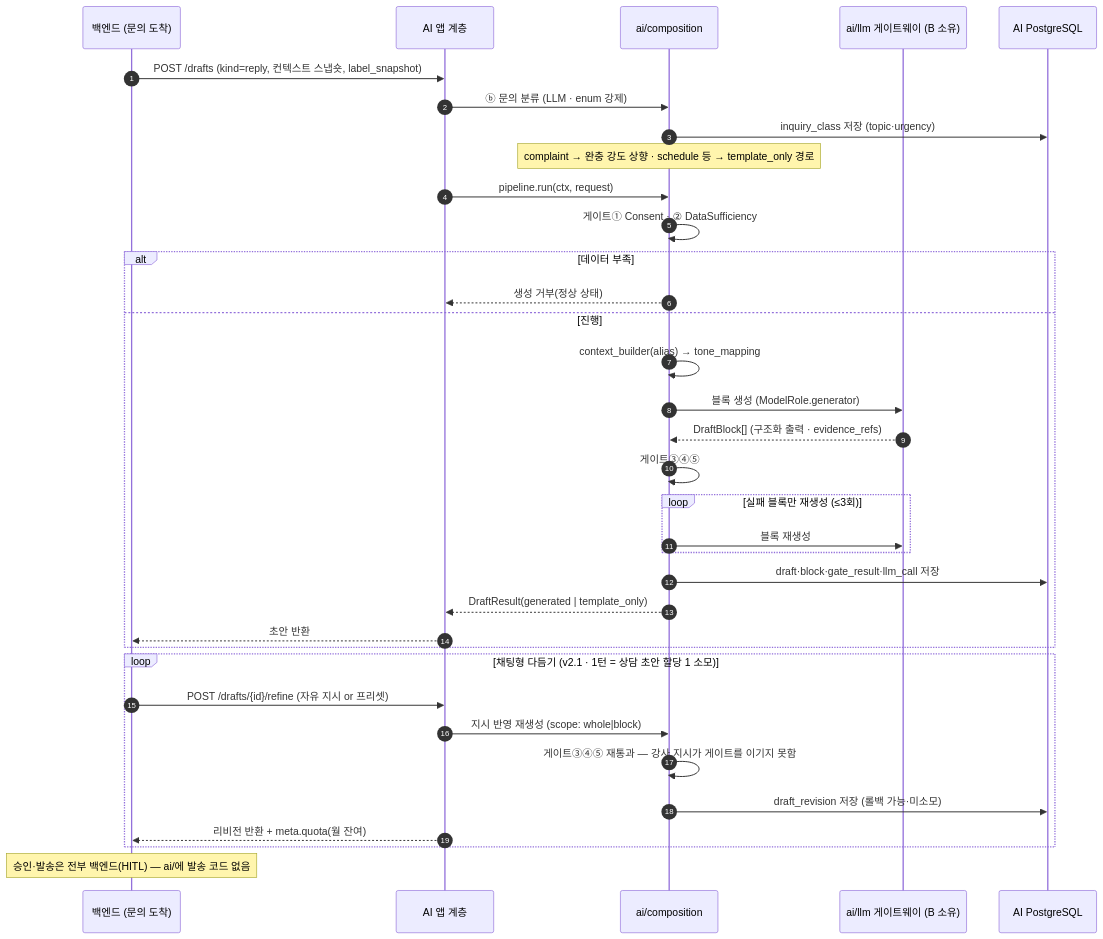
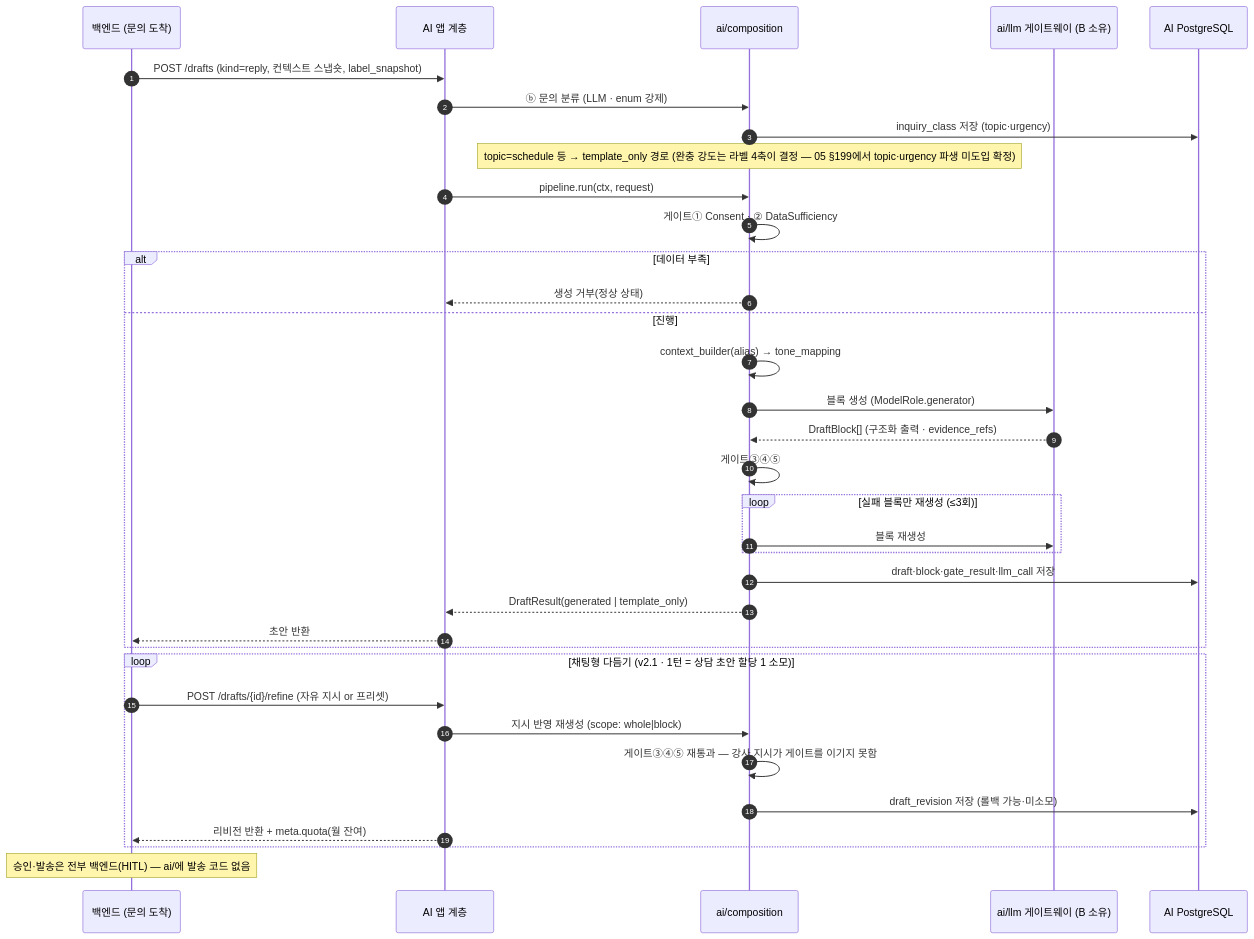
Before and after one commit to MTVS5-CheckOn/CheckOn-AI: the seventh of 12 diagrams in docs/part_a/02_design.md, drawn with Mermaid. The commit also changed other lines of this file and 7 other files, not shown here.

````diff
--- a/docs/part_a/02_design.md
+++ b/docs/part_a/02_design.md
@@ -170,37 +170,37 @@
 ```mermaid
 sequenceDiagram
   autonumber
   participant BE as 백엔드 (문의 도착)
   participant API as AI 앱 계층
   participant CMP as ai/composition
   participant GW as ai/llm 게이트웨이 (B 소유)
   participant PG as AI PostgreSQL
   BE->>API: POST /drafts (kind=reply, 컨텍스트 스냅숏, label_snapshot)
   API->>CMP: ⓑ 문의 분류 (LLM · enum 강제)
   CMP->>PG: inquiry_class 저장 (topic·urgency)
-  Note over CMP: complaint → 완충 강도 상향 · schedule 등 → template_only 경로
+  Note over CMP: topic=schedule 등 → template_only 경로 (완충 강도는 라벨 4축이 결정 — 05 §199에서 topic·urgency 파생 미도입 확정)
   API->>CMP: pipeline.run(ctx, request)
   CMP->>CMP: 게이트① Consent · ② DataSufficiency
   alt 데이터 부족
     CMP-->>API: 생성 거부(정상 상태)
   else 진행
     CMP->>CMP: context_builder(alias) → tone_mapping
     CMP->>GW: 블록 생성 (ModelRole.generator)
     GW-->>CMP: DraftBlock[] (구조화 출력 · evidence_refs)
     CMP->>CMP: 게이트③④⑤
     loop 실패 블록만 재생성 (≤3회)
       CMP->>GW: 블록 재생성
     end
     CMP->>PG: draft·block·gate_result·llm_call 저장
     CMP-->>API: DraftResult(generated | template_only)
     API-->>BE: 초안 반환
   end
   loop 채팅형 다듬기 (v2.1 · 1턴 = 상담 초안 할당 1 소모)
     BE->>API: POST /drafts/{id}/refine (자유 지시 or 프리셋)
     API->>CMP: 지시 반영 재생성 (scope: whole|block)
     CMP->>CMP: 게이트③④⑤ 재통과 — 강사 지시가 게이트를 이기지 못함
     CMP->>PG: draft_revision 저장 (롤백 가능·미소모)
     API-->>BE: 리비전 반환 + meta.quota(월 잔여)
   end
   Note over BE: 승인·발송은 전부 백엔드(HITL) — ai/에 발송 코드 없음
 ```
````
